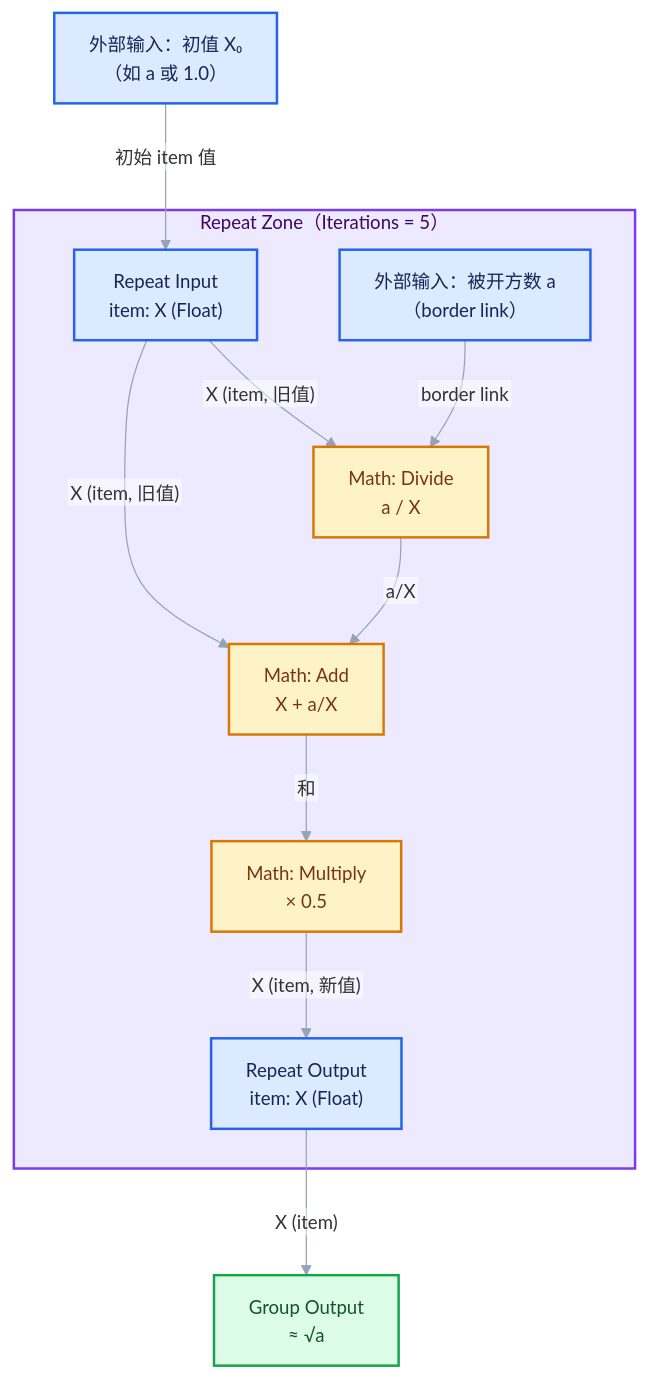
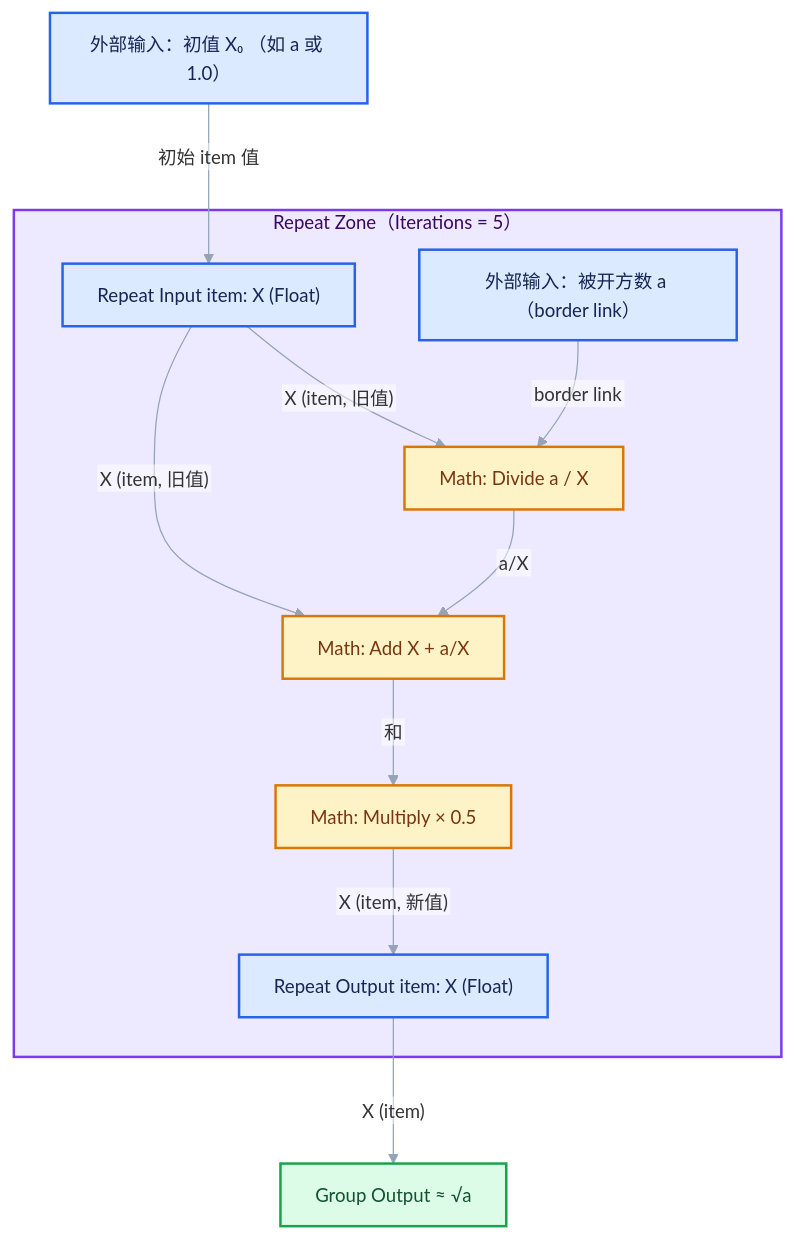
The third of 16 diagrams in 杂/markdown/重复区域-dsh/06-实战与性能/01-使用模式与迭代设计.md (yunkezengren/blender-.vscode), drawn with Mermaid before and after one commit. The commit also changed other lines of this file and 27 other files, not shown here.

````diff
--- a/杂/markdown/重复区域-dsh/06-实战与性能/01-使用模式与迭代设计.md
+++ b/杂/markdown/重复区域-dsh/06-实战与性能/01-使用模式与迭代设计.md
@@ -216,32 +210,32 @@
 ```mermaid
 %%{init: {"theme":"base","themeVariables":{"fontFamily":"\"Segoe UI\",\"Microsoft YaHei\",sans-serif","fontSize":"15px","lineColor":"#94A3B8","edgeLabelBackground":"#FFFFFF","clusterBkg":"#F8FAFC","clusterBorder":"#CBD5E1"},"flowchart":{"htmlLabels":false,"curve":"basis","nodeSpacing":52,"rankSpacing":64,"padding":14,"diagramPadding":16,"useMaxWidth":true},"sequence":{"useMaxWidth":true,"wrap":true,"mirrorActors":false,"messageMargin":36}}}%%
 flowchart TB
     subgraph ZONE["Repeat Zone（Iterations = 5）"]
-        RI["Repeat Input<br/>item: X (Float)"]:::input
-        RO["Repeat Output<br/>item: X (Float)"]:::input
+        RI["Repeat Input item: X (Float)"]:::input
+        RO["Repeat Output item: X (Float)"]:::input
 
-        IN_A["外部输入：被开方数 a<br/>（border link）"]:::input
+        IN_A["外部输入：被开方数 a （border link）"]:::input
 
-        DIV["Math: Divide<br/>a / X"]:::compute
-        ADD["Math: Add<br/>X + a/X"]:::compute
-        HALF["Math: Multiply<br/>× 0.5"]:::compute
+        DIV["Math: Divide a / X"]:::compute
+        ADD["Math: Add X + a/X"]:::compute
+        HALF["Math: Multiply × 0.5"]:::compute
 
         RI -- "X (item, 旧值)" --> DIV
         RI -- "X (item, 旧值)" --> ADD
         IN_A -- "border link" --> DIV
         DIV -- "a/X" --> ADD
         ADD -- "和" --> HALF
         HALF -- "X (item, 新值)" --> RO
     end
-    IN_X0["外部输入：初值 X₀<br/>（如 a 或 1.0）"]:::input
+    IN_X0["外部输入：初值 X₀ （如 a 或 1.0）"]:::input
     IN_X0 -- "初始 item 值" --> RI
-    RO -- "X (item)" --> OUT["Group Output<br/>≈ √a"]:::result
+    RO -- "X (item)" --> OUT["Group Output ≈ √a"]:::result
 
     class ZONE abstraction;
     classDef input fill:#DBEAFE,stroke:#2563EB,color:#172554,stroke-width:2px;
     classDef data fill:#CFFAFE,stroke:#0891B2,color:#164E63,stroke-width:2px;
     classDef abstraction fill:#EDE9FE,stroke:#7C3AED,color:#3B0764,stroke-width:2px;
     classDef compute fill:#FEF3C7,stroke:#D97706,color:#78350F,stroke-width:2px;
     classDef result fill:#DCFCE7,stroke:#16A34A,color:#14532D,stroke-width:2px;
     classDef error fill:#FEE2E2,stroke:#DC2626,color:#7F1D1D,stroke-width:2px;
 ```
````
